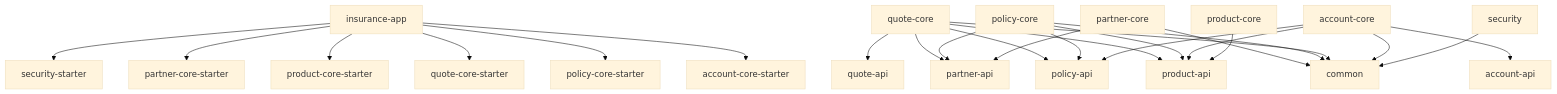
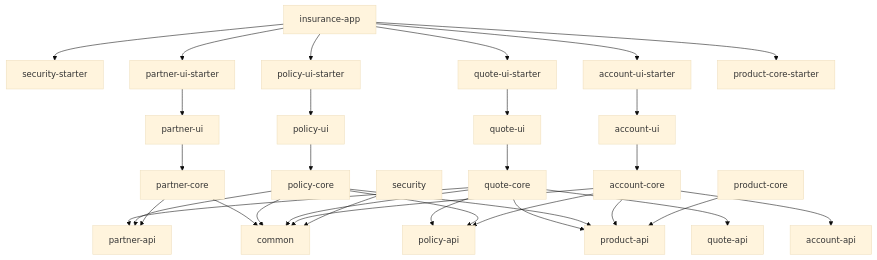
One commit to mariodavid/jmix-insurance changed the second of 2 diagrams in review.md. Above: the diagram before and after it, drawn with Mermaid (base theme). The commit also changed other lines of this file and 98 other files, not shown here.

````diff
--- a/review.md
+++ b/review.md
@@ -208,31 +222,41 @@
 ```mermaid
 flowchart TB
     App["insurance-app"] --> SecurityStarter["security-starter"]
-    App --> PartnerCoreStarter["partner-core-starter"]
+    App --> PartnerUiStarter["partner-ui-starter"]
+    App --> PolicyUiStarter["policy-ui-starter"]
+    App --> QuoteUiStarter["quote-ui-starter"]
+    App --> AccountUiStarter["account-ui-starter"]
     App --> ProductCoreStarter["product-core-starter"]
-    App --> QuoteCoreStarter["quote-core-starter"]
-    App --> PolicyCoreStarter["policy-core-starter"]
-    App --> AccountCoreStarter["account-core-starter"]
+
+    PartnerUiStarter --> PartnerUi["partner-ui"]
+    PolicyUiStarter --> PolicyUi["policy-ui"]
+    QuoteUiStarter --> QuoteUi["quote-ui"]
+    AccountUiStarter --> AccountUi["account-ui"]
+
+    PartnerUi --> PartnerCore["partner-core"]
+    PolicyUi --> PolicyCore["policy-core"]
+    QuoteUi --> QuoteCore["quote-core"]
+    AccountUi --> AccountCore["account-core"]
 
     QuoteCore["quote-core"] --> QuoteApi["quote-api"]
     QuoteCore --> PartnerApi["partner-api"]
     QuoteCore --> PolicyApi["policy-api"]
     QuoteCore --> ProductApi["product-api"]
 
     PolicyCore["policy-core"] --> PolicyApi["policy-api"]
     PolicyCore --> PartnerApi
     PolicyCore --> ProductApi
 
     AccountCore["account-core"] --> AccountApi["account-api"]
     AccountCore --> PolicyApi
     AccountCore --> ProductApi
 
     PartnerCore["partner-core"] --> PartnerApi
     ProductCore["product-core"] --> ProductApi
 
     PartnerCore --> Common["common"]
     PolicyCore --> Common
     QuoteCore --> Common
     AccountCore --> Common
     Security["security"] --> Common
 ```
````
